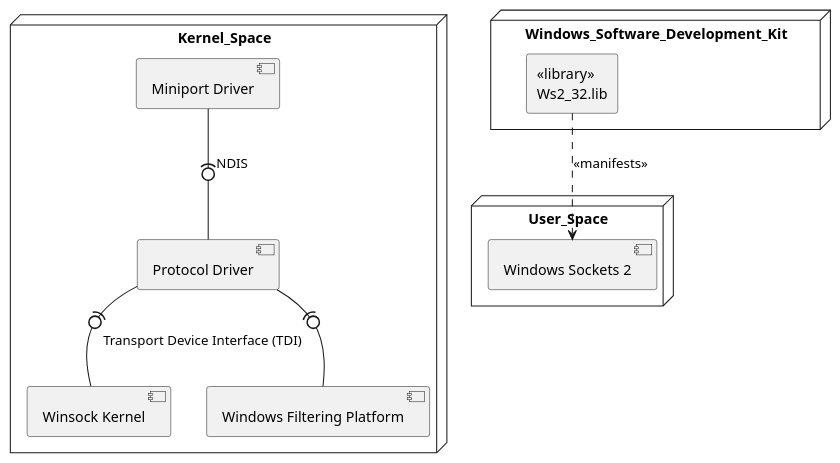
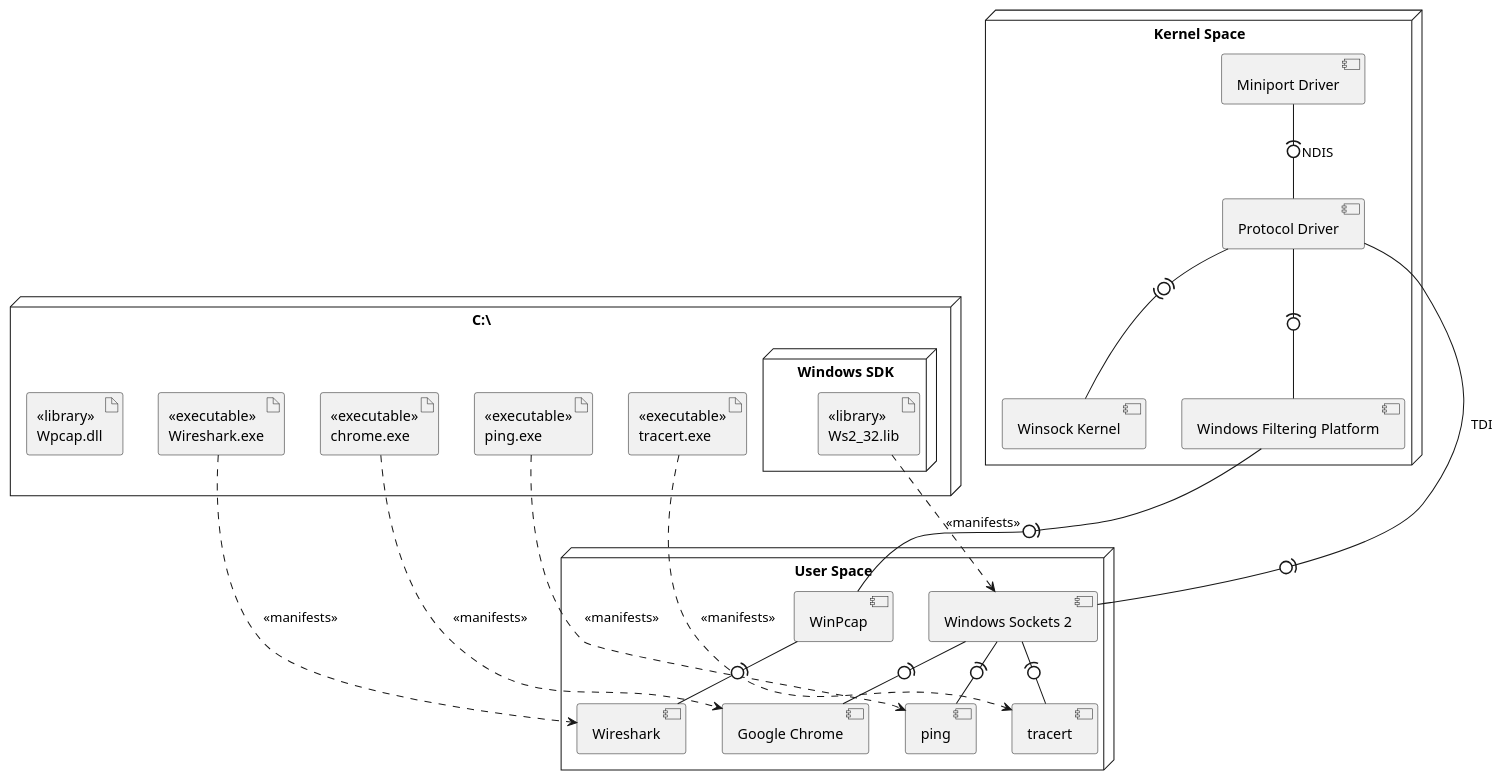
One commit to comeillfoo/telecom-netsys-design-2 changed the diagram in deployment.pu. Above: the diagram before and after it, drawn with PlantUML.

Commit message:
feat(deployment): expanded version

```diff
--- a/deployment.pu
+++ b/deployment.pu
@@ -1,23 +1,49 @@
 @startuml
 
-node Kernel_Space {
+node "Kernel Space" {
     [Winsock Kernel] as WSK
     [Windows Filtering Platform] as WFP
     [Protocol Driver] as ProtoDriver
     [Miniport Driver] as MiniportDriver
 }
 
 ProtoDriver -(0- WFP
-ProtoDriver -(0- WSK : "Transport Device Interface (TDI)"
+ProtoDriver -(0)- WSK
 MiniportDriver -(0- ProtoDriver : NDIS
 
-node User_Space {
+node "User Space" {
     [Windows Sockets 2] as Winsock2
+    [Wireshark] as wireshark_c
+    [ping] as ping_c
+    [tracert] as tracert_c
+    [Google Chrome] as chrome_c
+    [WinPcap] as winpcap_c
 }
 
-node Windows_Software_Development_Kit {
-    rectangle "<<library>>\nWs2_32.lib" as ws2_32_lib
-} 
+ProtoDriver -(0- Winsock2 : TDI
+WFP -(0- winpcap_c
+
+node "C:\" {
+    artifact "<<executable>>\nping.exe" as ping
+    artifact "<<executable>>\ntracert.exe" as tracert
+    artifact "<<executable>>\nWireshark.exe" as wireshark
+    artifact "<<executable>>\nchrome.exe" as chrome
+    artifact "<<library>>\nWpcap.dll" as winpcap
+
+    node "Windows SDK" {
+        artifact "<<library>>\nWs2_32.lib" as ws2_32_lib
+    } 
+}
 
 ws2_32_lib -[dashed]-> Winsock2 : <<manifests>>
+
+ping -[dashed]-> ping_c : <<manifests>>
+tracert -[dashed]-> tracert_c : <<manifests>>
+wireshark -[dashed]-> wireshark_c : <<manifests>>
+chrome -[dashed]-> chrome_c : <<manifests>>
+
+Winsock2 -(0- ping_c
+Winsock2 -(0- tracert_c
+winpcap_c -(0- wireshark_c
+Winsock2 -(0- chrome_c
 @enduml
```
